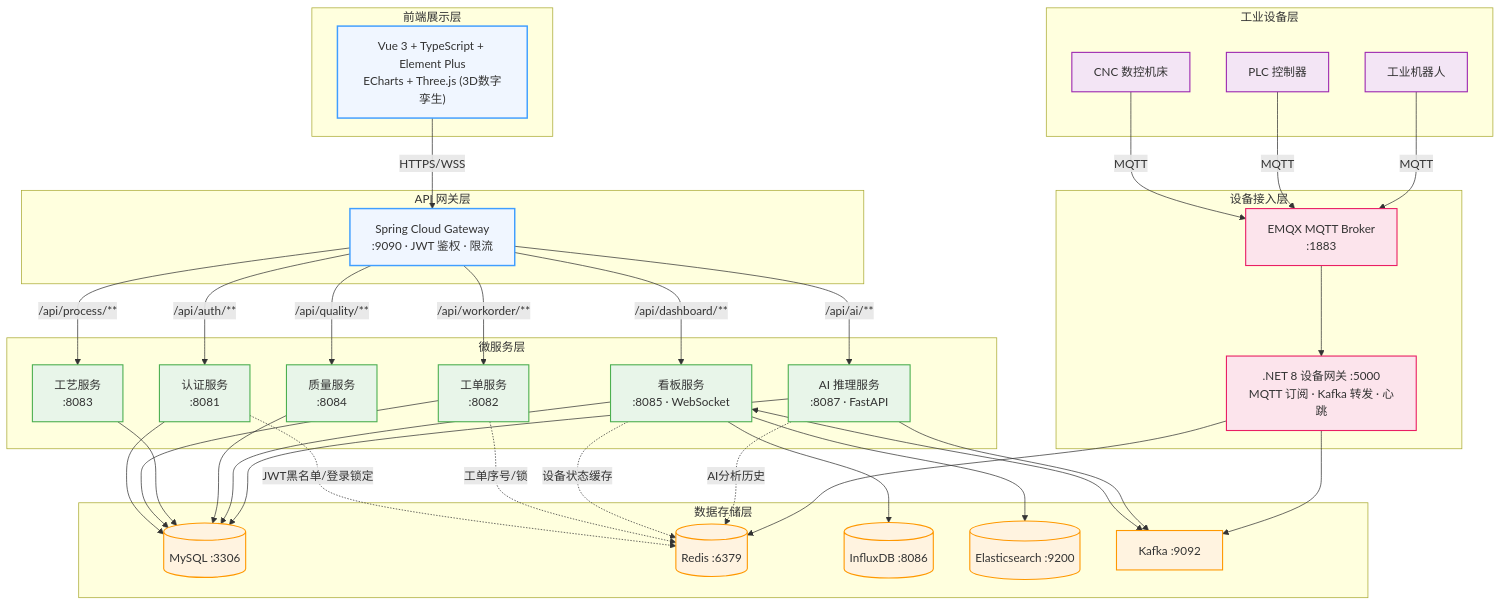
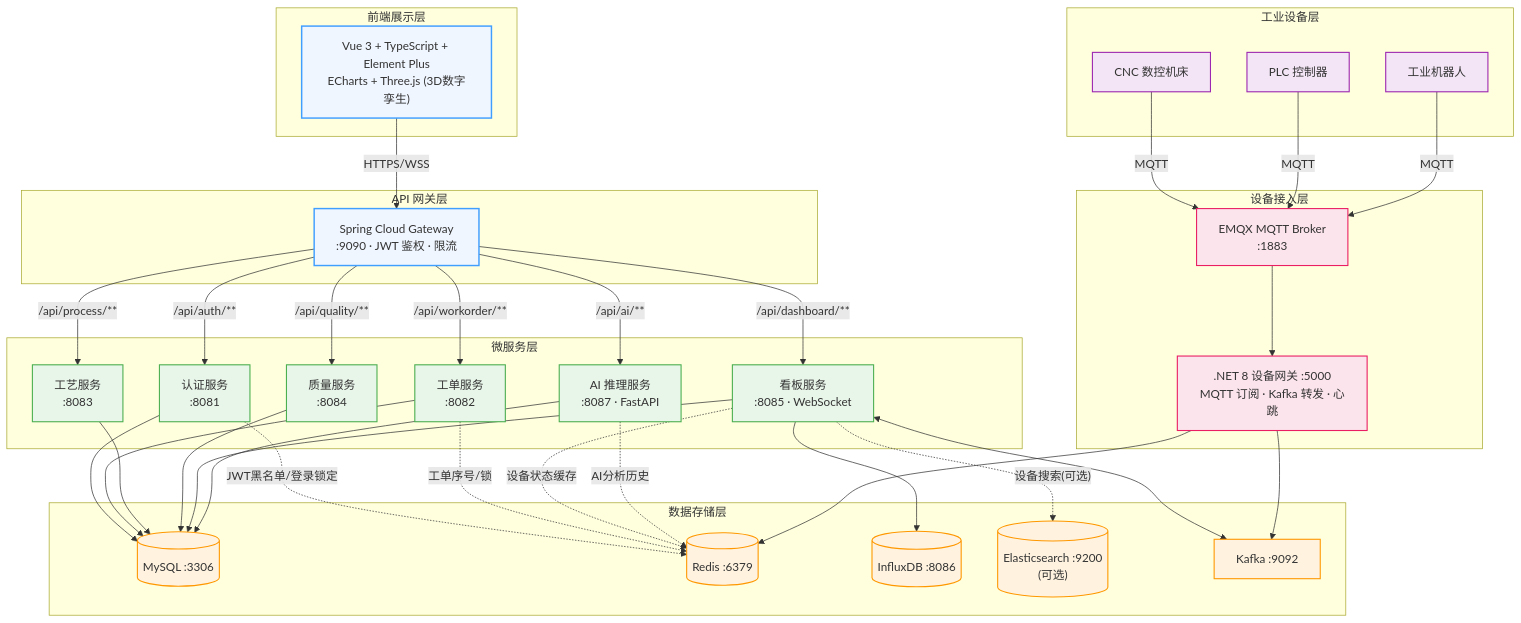
The diagram in README.md (xianshi3/Smart-Factory-MES-System), drawn with Mermaid before and after one commit. The commit also changed other lines of this file, not shown here.

````diff
--- a/README.md
+++ b/README.md
@@ -102,81 +87,80 @@
 ```mermaid
 flowchart TB
     subgraph UI["前端展示层"]
         FE["Vue 3 + TypeScript + Element Plus<br/>ECharts + Three.js (3D数字孪生)"]
     end
 
     subgraph GW["API 网关层"]
         G["Spring Cloud Gateway<br/>:9090 · JWT 鉴权 · 限流"]
     end
 
     subgraph MS["微服务层"]
         A["认证服务<br/>:8081"]
         W["工单服务<br/>:8082"]
         P["工艺服务<br/>:8083"]
         Q["质量服务<br/>:8084"]
         D["看板服务<br/>:8085 · WebSocket"]
         AI["AI 推理服务<br/>:8087 · FastAPI"]
     end
 
     subgraph DS["数据存储层"]
         DB[("MySQL :3306")]
         RD[("Redis :6379")]
         IDB[("InfluxDB :8086")]
-        ES[("Elasticsearch :9200")]
+        ES[("Elasticsearch :9200<br/>(可选)")]
         KF["Kafka :9092"]
     end
 
     subgraph EDGE["设备接入层"]
         NET[" .NET 8 设备网关 :5000<br/>MQTT 订阅 · Kafka 转发 · 心跳"]
         MQTT["EMQX MQTT Broker<br/>:1883"]
     end
 
     subgraph DEV["工业设备层"]
         DEV1["CNC 数控机床"]
         DEV2["PLC 控制器"]
         DEV3["工业机器人"]
     end
 
     FE -->|HTTPS/WSS| G
     G -->|/api/auth/**| A
     G -->|/api/workorder/**| W
     G -->|/api/process/**| P
     G -->|/api/quality/**| Q
     G -->|/api/dashboard/**| D
     G -->|/api/ai/**| AI
 
     A --> DB
     W --> DB
     P --> DB
     Q --> DB
     D --> DB
     AI --> DB
 
     A -.JWT黑名单/登录锁定.-> RD
     W -.工单序号/锁.-> RD
     D -.设备状态缓存.-> RD
     D --> IDB
-    D --> ES
+    D -.设备搜索(可选).-> ES
     D <--> KF
 
     AI -.AI分析历史.-> RD
-    AI --> KF
 
     NET --> KF
     NET --> RD
     MQTT --> NET
     DEV1 -->|MQTT| MQTT
     DEV2 -->|MQTT| MQTT
     DEV3 -->|MQTT| MQTT
 
     classDef layer fill:#f0f6ff,stroke:#409eff,stroke-width:2px,color:#333;
     classDef svc fill:#e8f5e9,stroke:#4caf50,stroke-width:1.5px,color:#333;
     classDef data fill:#fff3e0,stroke:#ff9800,stroke-width:1.5px,color:#333;
     classDef edge fill:#fce4ec,stroke:#e91e63,stroke-width:1.5px,color:#333;
     classDef dev fill:#f3e5f5,stroke:#9c27b0,stroke-width:1.5px,color:#333;
     class FE,G layer;
     class A,W,P,Q,D,AI svc;
     class DB,RD,IDB,ES,KF data;
     class NET,MQTT edge;
     class DEV1,DEV2,DEV3 dev;
 ```
````
